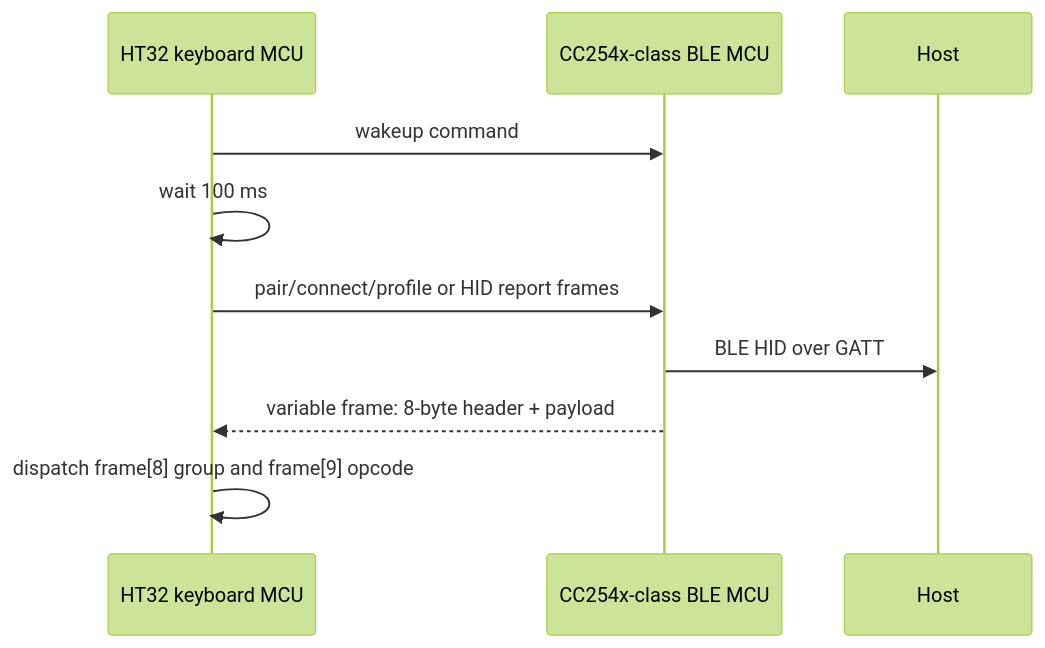
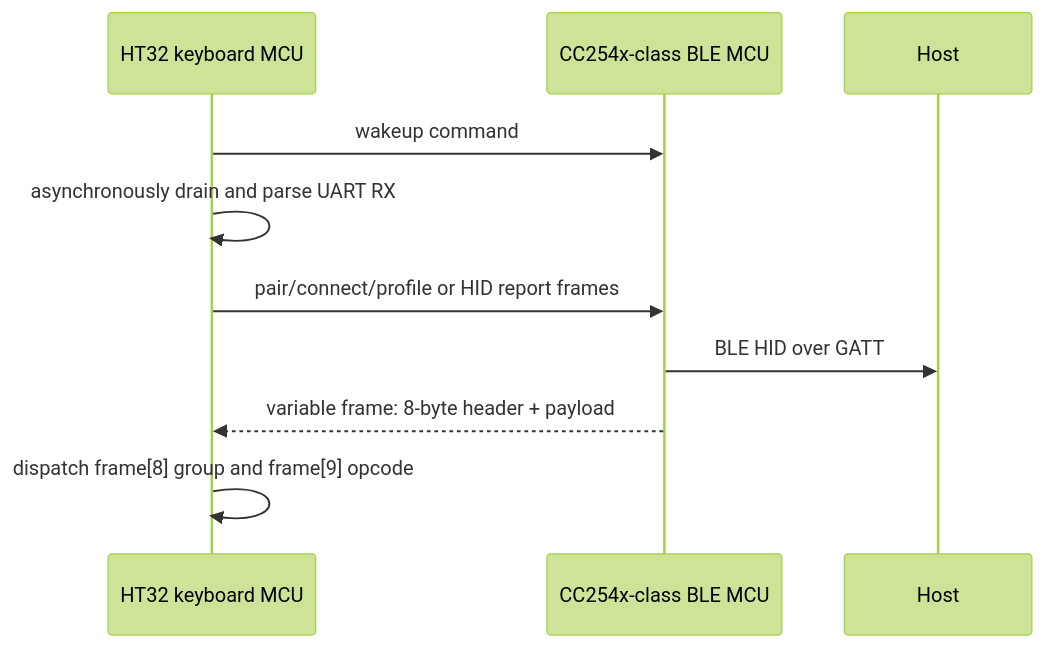
Before and after one commit to hitsmaxft/qmk_userspace: the diagram in docs/annepro2/ble-firmware-and-uart-protocol.md, drawn with Mermaid (forest theme). The commit also changed other lines of this file and 27 other files, not shown here.

````diff
--- a/docs/annepro2/ble-firmware-and-uart-protocol.md
+++ b/docs/annepro2/ble-firmware-and-uart-protocol.md
@@ -56,11 +56,11 @@
 ```mermaid
 sequenceDiagram
     participant K as HT32 keyboard MCU
     participant B as CC254x-class BLE MCU
     K->>B: wakeup command
-    K->>K: wait 100 ms
+    K->>K: asynchronously drain and parse UART RX
     K->>B: pair/connect/profile or HID report frames
     B->>Host: BLE HID over GATT
     B-->>K: variable frame: 8-byte header + payload
     K->>K: dispatch frame[8] group and frame[9] opcode
 ```
````
